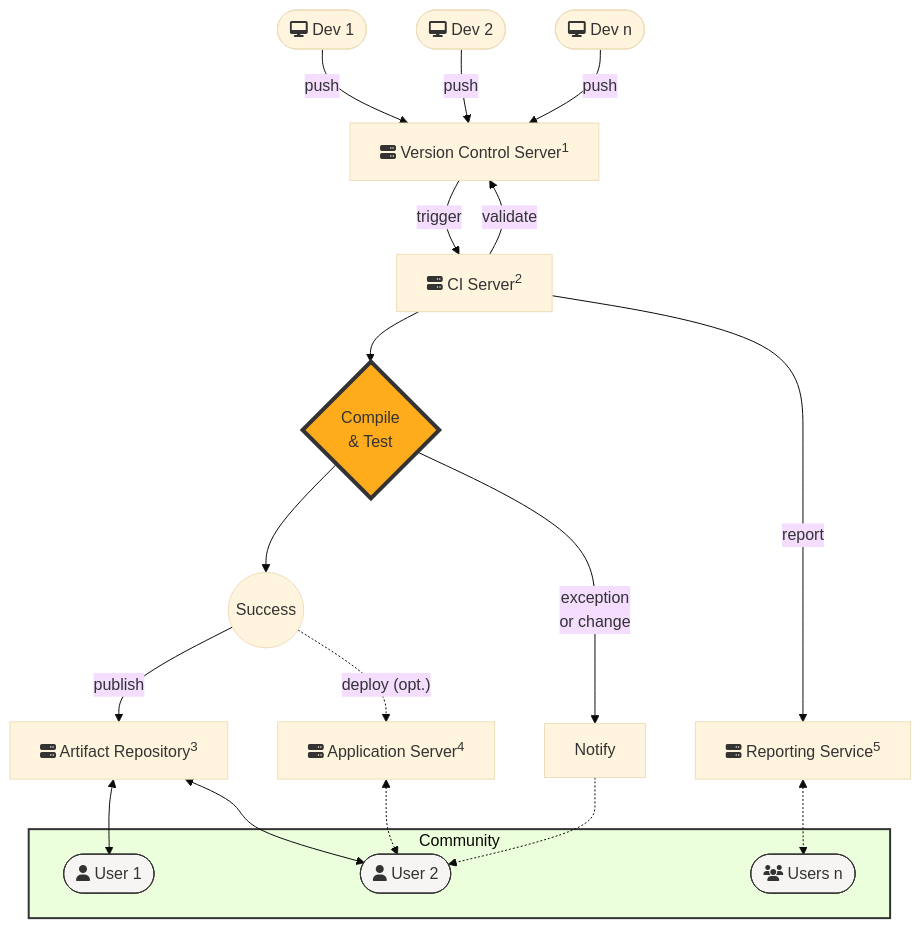
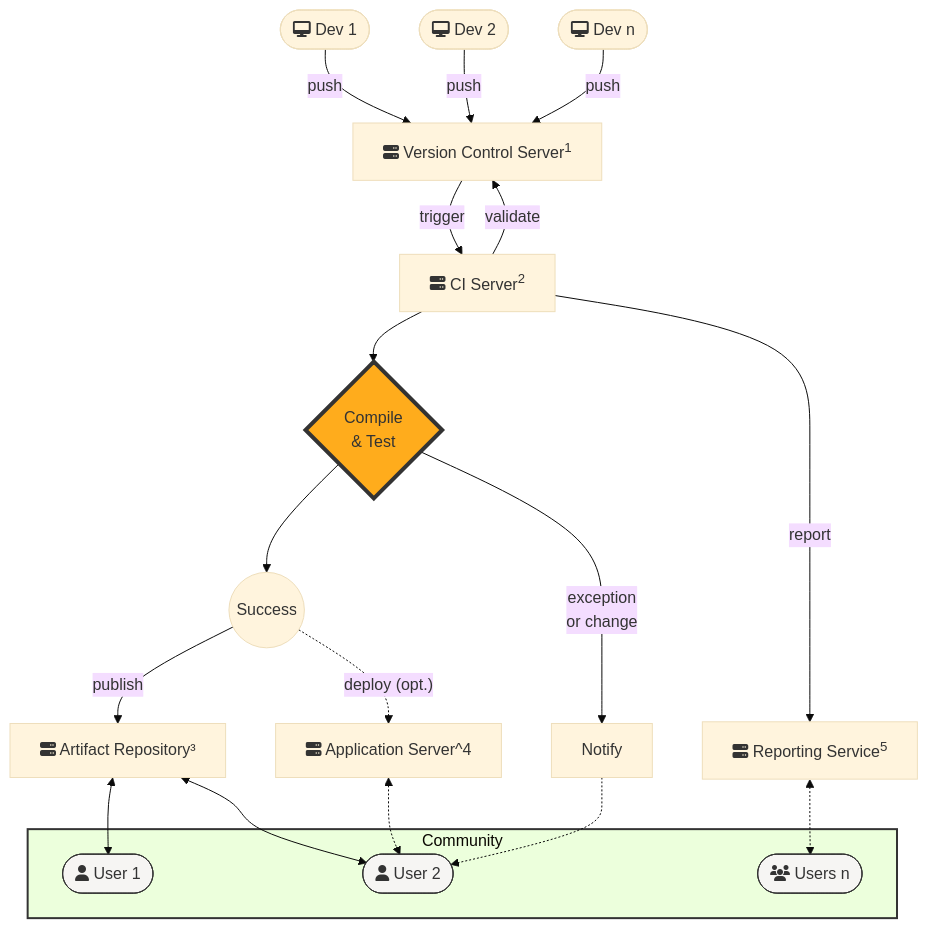
One commit to NASA-AMMOS/slim changed the second of 2 diagrams in continuous-integration/reference-architectures/README.md. Above: the diagram before and after it, drawn with Mermaid (base theme).

Commit message:
Issue #33: Test superscript in Mermaid flowchart. ...

````diff
--- a/continuous-integration/reference-architectures/README.md
+++ b/continuous-integration/reference-architectures/README.md
@@ -159,31 +159,31 @@
 ```mermaid
 flowchart TB
     D1([fa:fa-desktop Dev 1]) -->|push| R["fa:fa-server Version Control Server<sup>1</sup>"]
     D2([fa:fa-desktop Dev 2]) -->|push| R
     Dn([fa:fa-desktop Dev n]) -->|push| R
     R -->|trigger| C["fa:fa-server CI Server<sup>2</sup>"]
     C-->|validate| R
     C-->|report| RS["fa:fa-server Reporting Service<sup>5</sup>"]
     Q{"Compile<br/>& Test"}
     S((Success))
     F[Notify]
     style Q fill:#FFAC1C,stroke:#333,stroke-width:4px
     C-->Q
     Q-->S
     Q-->|exception<br/>or change|F
-    S-->|publish| AR["fa:fa-server Artifact Repository<sup>3</sup>"]
-    S-.->|"deploy (opt.)"| AS["fa:fa-server Application Server<sup>4</sup>"]
+    S-->|publish| AR["fa:fa-server Artifact Repository³"]
+    S-.->|"deploy (opt.)"| AS["fa:fa-server Application Server^4"]
     subgraph Community
         U1([fa:fa-user User 1])
         U2([fa:fa-user User 2])
         Un([fa:fa-users Users n])
     end
     style Community fill:#ECFFDC,stroke:#333,stroke-width:2px
     AR<-->U1 & U2
     AS<-.->U2
     RS<-.->Un
     F-.->U2
     style U1 fill:#F6F5F3,stroke:#333,stroke-width:1px
     style U2 fill:#F6F5F3,stroke:#333,stroke-width:1px
     style Un fill:#F6F5F3,stroke:#333,stroke-width:1px
 ```
````
